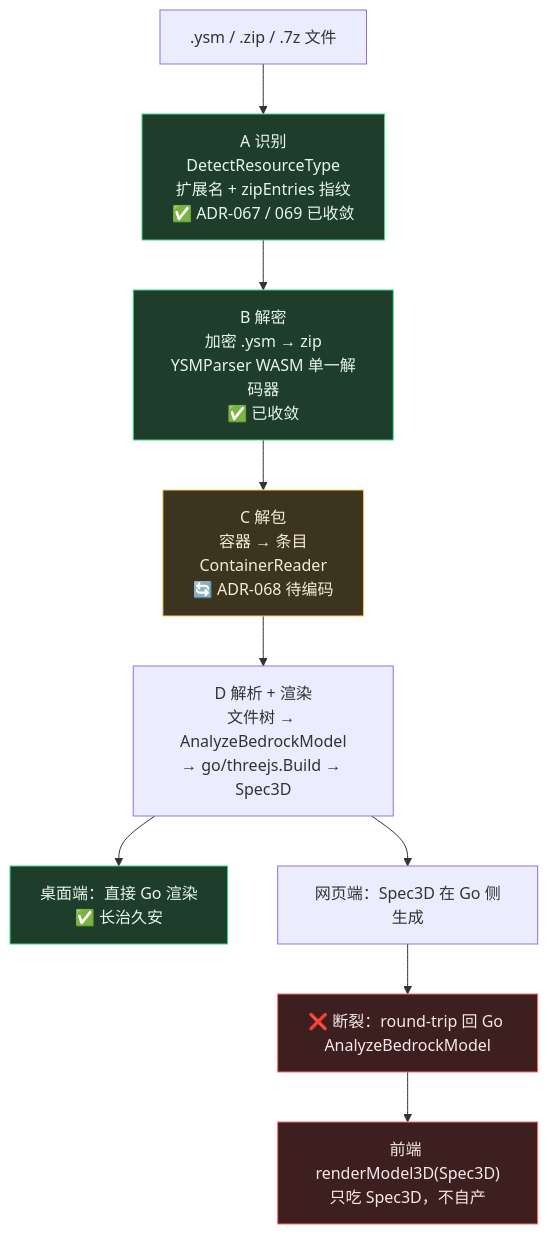
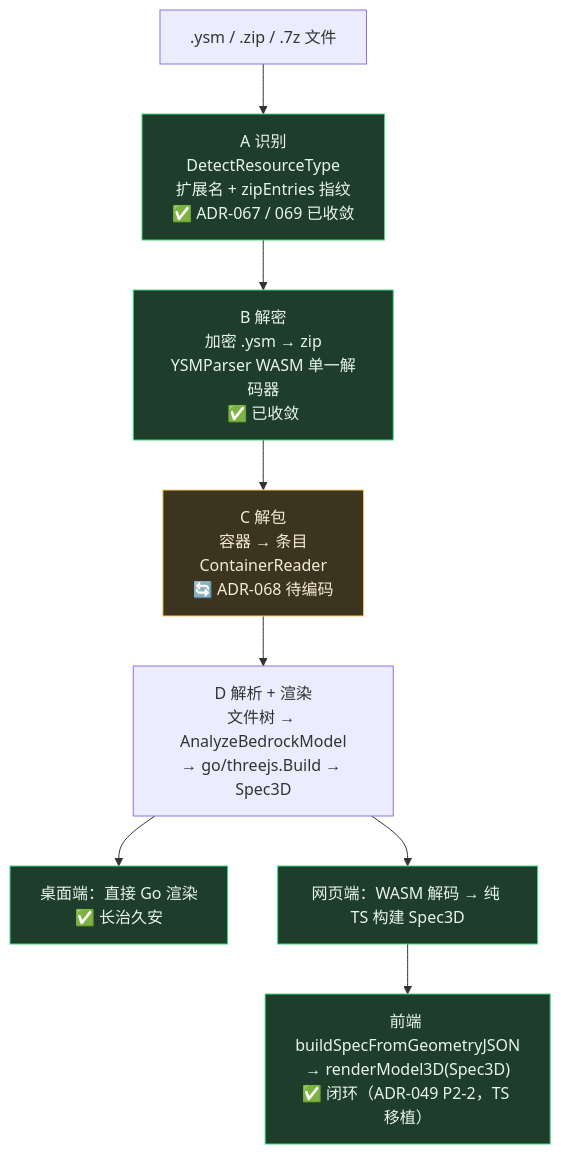
Before and after one commit to JiangKaslana/ysm-model-manager: the diagram in docs/adr/ADR-066-universal-resource-preview.md, drawn with Mermaid. The commit also changed other lines of this file and 4 other files, not shown here.

First line of the commit message:
docs(adr): ADR-066 §1.6 架构图修正——网页 D 层实为 TS 移植闭环（ADR-049 P2-2），非断裂；路线 B 预研归档 roadmap

````diff
--- a/docs/adr/ADR-066-universal-resource-preview.md
+++ b/docs/adr/ADR-066-universal-resource-preview.md
@@ -67,18 +67,17 @@
 ```mermaid
 flowchart TD
     F[".ysm / .zip / .7z 文件"] --> A["A 识别<br/>DetectResourceType<br/>扩展名 + zipEntries 指纹<br/>✅ ADR-067 / 069 已收敛"]
     A --> B["B 解密<br/>加密 .ysm → zip<br/>YSMParser WASM 单一解码器<br/>✅ 已收敛"]
     B --> C["C 解包<br/>容器 → 条目<br/>ContainerReader<br/>🔄 ADR-068 待编码"]
     C --> D["D 解析 + 渲染<br/>文件树 → AnalyzeBedrockModel<br/>→ go/threejs.Build → Spec3D"]
     D --> DESK["桌面端：直接 Go 渲染<br/>✅ 长治久安"]
-    D --> WEB["网页端：Spec3D 在 Go 侧生成"]
-    WEB --> RT["❌ 断裂：round-trip 回 Go AnalyzeBedrockModel"]
-    RT --> FE["前端 renderModel3D(Spec3D)<br/>只吃 Spec3D，不自产"]
+    D --> WEB["网页端：WASM 解码 → 纯 TS 构建 Spec3D"]
+    WEB --> FE["前端 buildSpecFromGeometryJSON<br/>→ renderModel3D(Spec3D)<br/>✅ 闭环（ADR-049 P2-2，TS 移植）"]
 
     style A fill:#1f3d2b,stroke:#3ddc84,color:#e8f5ec
     style B fill:#1f3d2b,stroke:#3ddc84,color:#e8f5ec
     style C fill:#3d341f,stroke:#ffcc66,color:#f5ecd8
     style DESK fill:#1f3d2b,stroke:#3ddc84,color:#e8f5ec
-    style RT fill:#3d1f1f,stroke:#ff6b6b,color:#f5e8e8
-    style FE fill:#3d1f1f,stroke:#ff6b6b,color:#f5e8e8
+    style WEB fill:#1f3d2b,stroke:#3ddc84,color:#e8f5ec
+    style FE fill:#1f3d2b,stroke:#3ddc84,color:#e8f5ec
 ```
````
